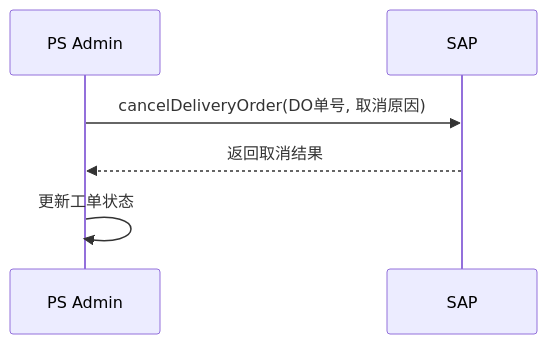
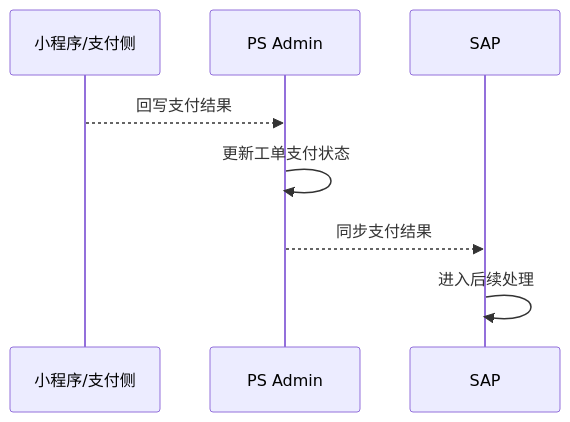
One commit to guguohai/gmps changed diagram 27 of 43 in 文档/GM系统需求说明.md. Above: the diagram before and after it, drawn with Mermaid. The commit also changed other lines of this file and 31 other files, not shown here.

````diff
--- a/文档/GM系统需求说明.md
+++ b/文档/GM系统需求说明.md
@@ -1027,9 +1019,11 @@
 ```mermaid
 sequenceDiagram
+    participant MP as 小程序/支付侧
     participant PS as PS Admin
     participant SAP as SAP
 
-    PS->>SAP: cancelDeliveryOrder(DO单号, 取消原因)
-    SAP-->>PS: 返回取消结果
-    PS->>PS: 更新工单状态
+    MP-->>PS: 回写支付结果
+    PS->>PS: 更新工单支付状态
+    PS-->>SAP: 同步支付结果
+    SAP->>SAP: 进入后续处理
 ```
````
